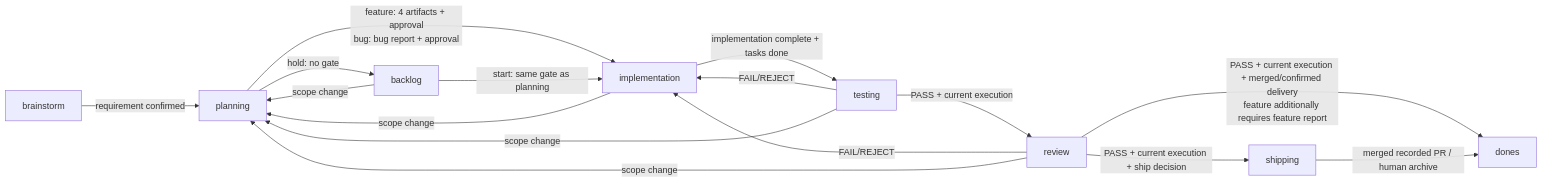
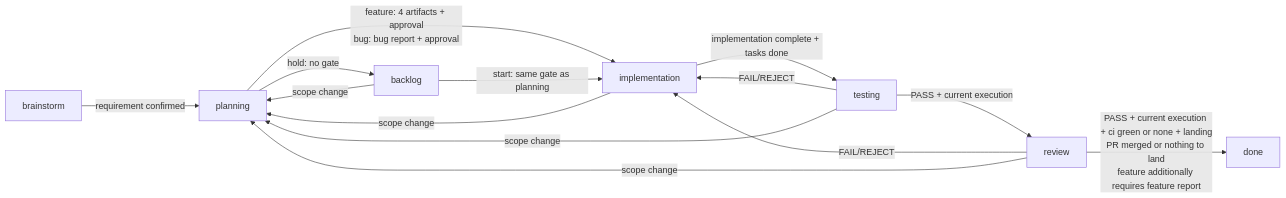
Before and after one commit to phuthuycoding/kanban-flow: the diagram in docs/workflow/gates.md, drawn with Mermaid. The commit also changed other lines of this file and 219 other files, not shown here.

First line of the commit message:
feat(workflow): slim the tail — review PASS closes on merge, no shipping stage (#107)

````diff
--- a/docs/workflow/gates.md
+++ b/docs/workflow/gates.md
@@ -44,18 +43,16 @@
 ```mermaid
 flowchart LR
     B[brainstorm] -->|requirement confirmed| P[planning]
     P -->|feature: 4 artifacts + approval<br/>bug: bug report + approval| I[implementation]
     I -->|implementation complete + tasks done| T[testing]
     T -->|PASS + current execution| R[review]
     T -->|FAIL/REJECT| I
-    R -->|PASS + current execution + ship decision| SH[shipping]
-    R -->|PASS + current execution + merged/confirmed delivery<br/>feature additionally requires feature report| D[dones]
-    SH -->|merged recorded PR / human archive| D
+    R -->|PASS + current execution + ci green or none + landing<br/>PR merged or nothing to land<br/>feature additionally requires feature report| D[done]
     R -->|FAIL/REJECT| I
     T -->|scope change| P
     R -->|scope change| P
     P -->|hold: no gate| BL[backlog]
     BL -->|start: same gate as planning| I
     BL -->|scope change| P
     I -->|scope change| P
 ```
````
